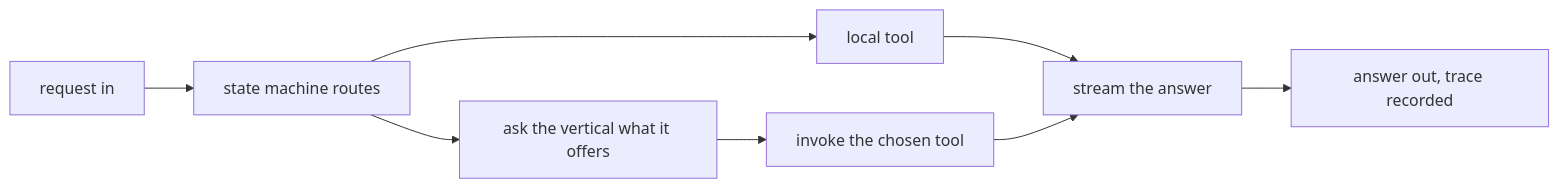
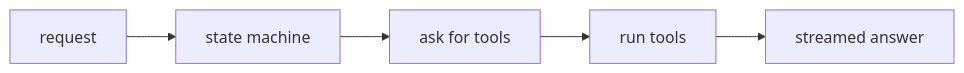
The diagram in apps/digithings-web/content/book/10-digigraph/index.mdx (digithings-ai/digithings), drawn with Mermaid before and after one commit. The commit also changed other lines of this file and 75 other files, not shown here.

````diff
--- a/apps/digithings-web/content/book/10-digigraph/index.mdx
+++ b/apps/digithings-web/content/book/10-digigraph/index.mdx
@@ -38,10 +27,7 @@
-```mermaid
+```mermaid the hub asks each vertical what it offers instead of assuming it
 flowchart LR
-  IN[request in] --> ROUTE[state machine routes]
-  ROUTE --> LOCAL[local tool]
-  ROUTE --> ASK[ask the vertical what it offers]
-  ASK --> CALL[invoke the chosen tool]
-  LOCAL --> STREAM[stream the answer]
-  CALL --> STREAM
-  STREAM --> OUT[answer out, trace recorded]
+  IN[request] --> HUB[state machine]
+  HUB --> ASK[ask for tools]
+  ASK --> RUN[run tools]
+  RUN --> OUT[streamed answer]
 ```
````
